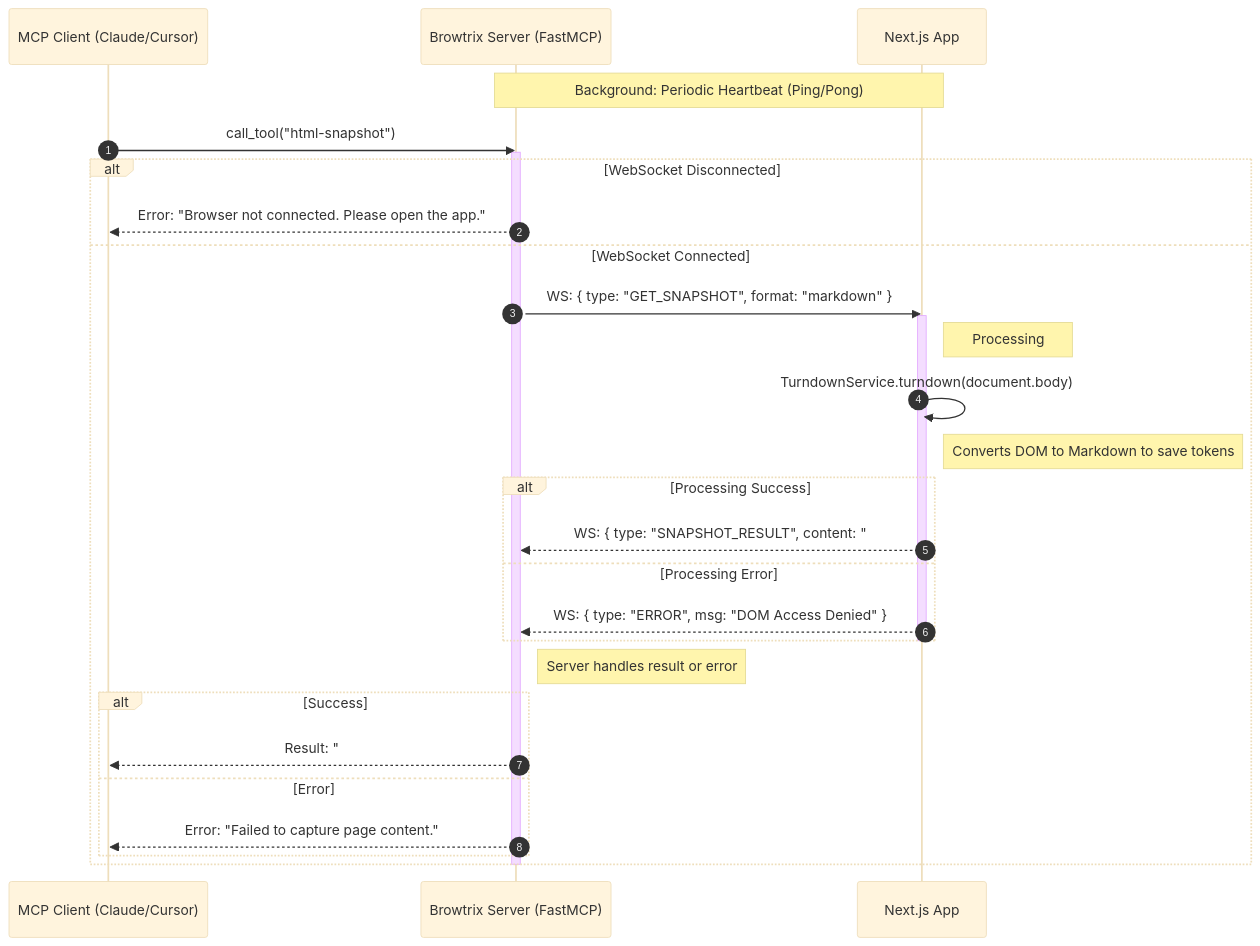
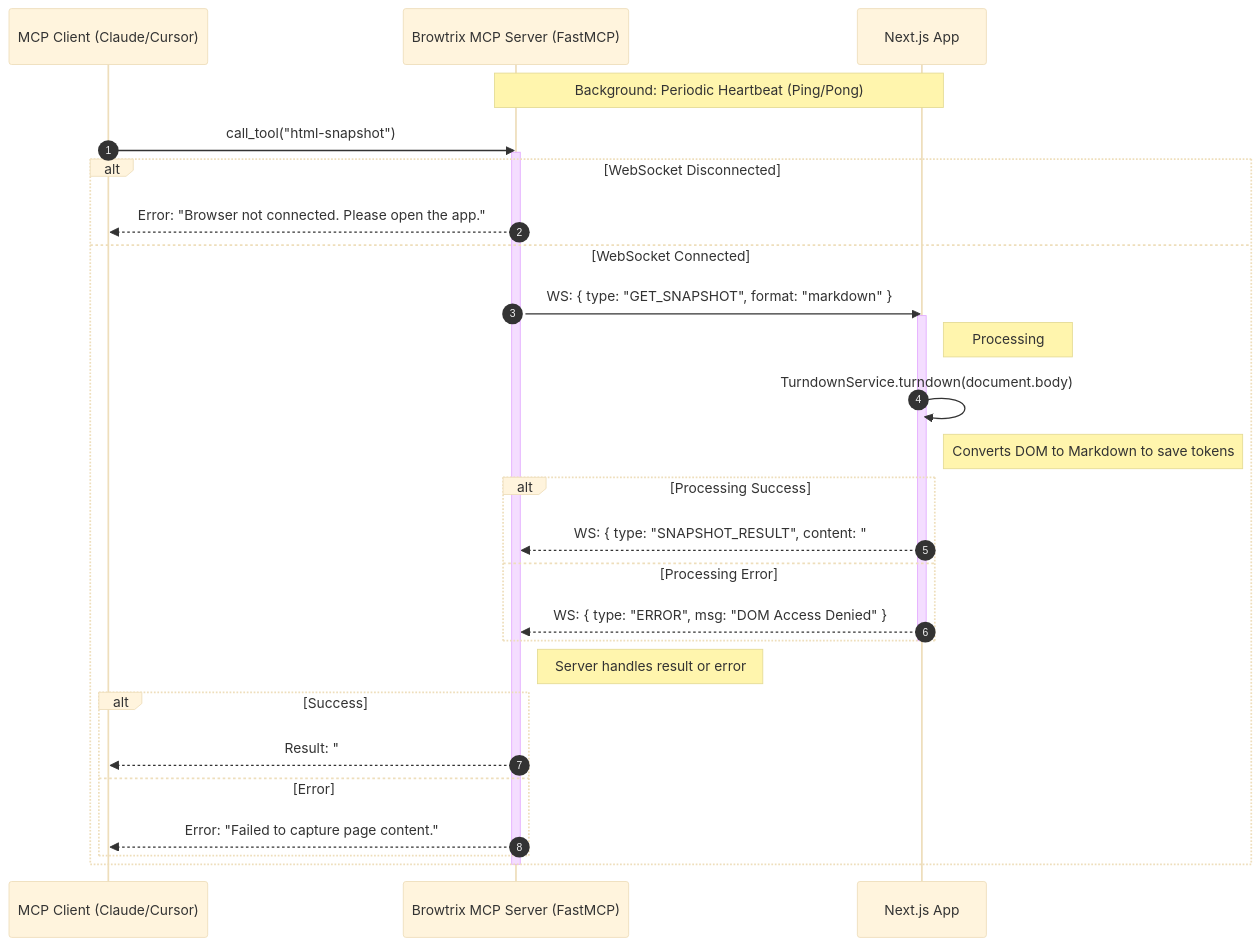
The diagram in docs/sequence_diagrams/browtrix_html_snapshot.mermaid (InduwaraSMPN/browtrix), drawn with Mermaid (base theme) before and after one commit. The commit also changed 14 other files, not shown here.

First line of the commit message:
refactor: rename to Browtrix MCP Server, drop error classes

```diff
--- a/docs/sequence_diagrams/browtrix_html_snapshot.mermaid
+++ b/docs/sequence_diagrams/browtrix_html_snapshot.mermaid
@@ -1,37 +1,37 @@
 sequenceDiagram
     autonumber
     participant Client as MCP Client (Claude/Cursor)
-    participant Server as Browtrix Server (FastMCP)
+    participant Server as Browtrix MCP Server (FastMCP)
     participant WebApp as Next.js App
     
     Note over Server, WebApp: Background: Periodic Heartbeat (Ping/Pong)
 
     Client->>Server: call_tool("html-snapshot")
     activate Server
 
     alt WebSocket Disconnected
         Server-->>Client: Error: "Browser not connected. Please open the app."
     else WebSocket Connected
         Server->>WebApp: WS: { type: "GET_SNAPSHOT", format: "markdown" }
         activate WebApp
         
         Note right of WebApp: Processing
         WebApp->>WebApp: TurndownService.turndown(document.body)
         Note right of WebApp: Converts DOM to Markdown to save tokens
         
         alt Processing Success
             WebApp-->>Server: WS: { type: "SNAPSHOT_RESULT", content: "## Header..." }
         else Processing Error
             WebApp-->>Server: WS: { type: "ERROR", msg: "DOM Access Denied" }
         end
         deactivate WebApp
         
         Note right of Server: Server handles result or error
         
         alt Success
             Server-->>Client: Result: "## Header..."
         else Error
             Server-->>Client: Error: "Failed to capture page content."
         end
     end
     deactivate Server
```
